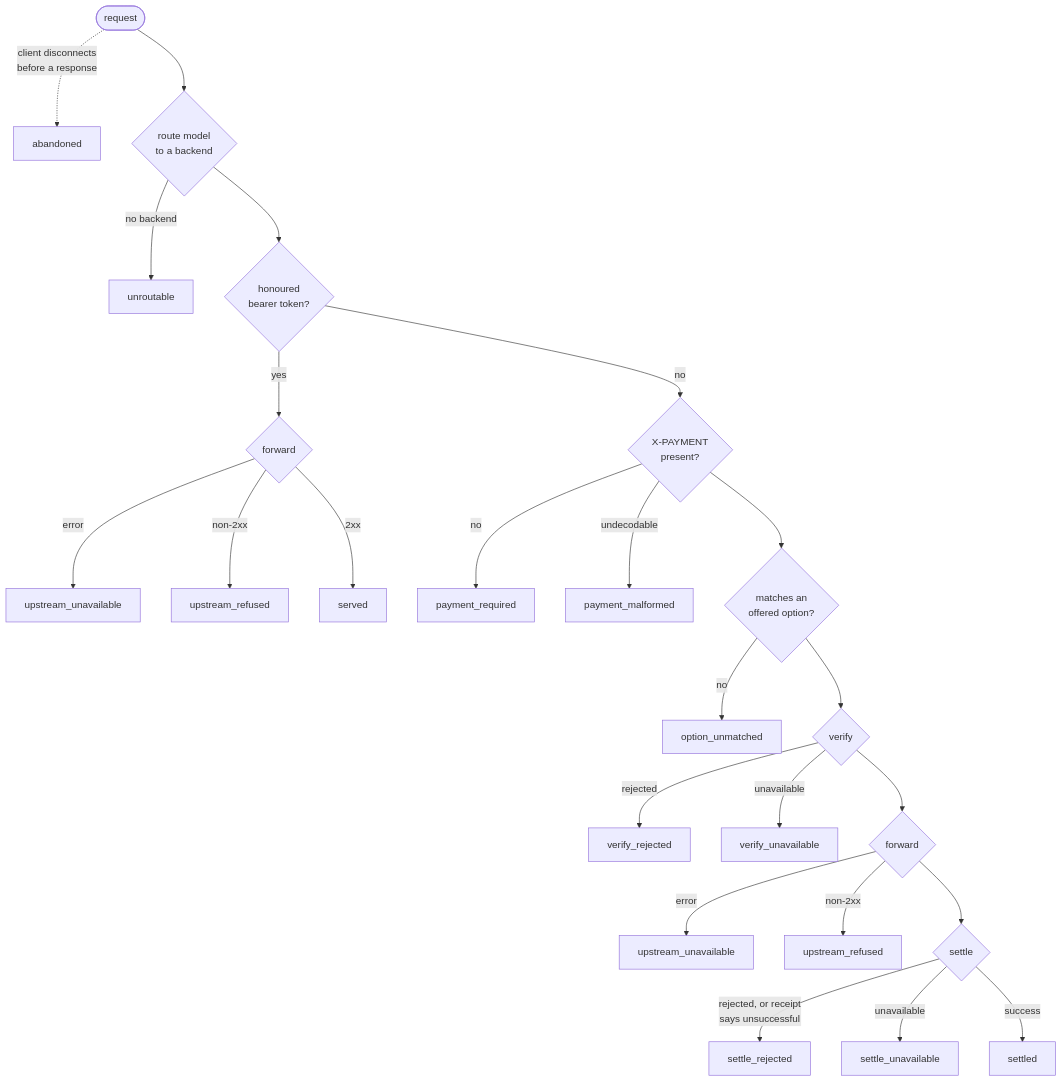
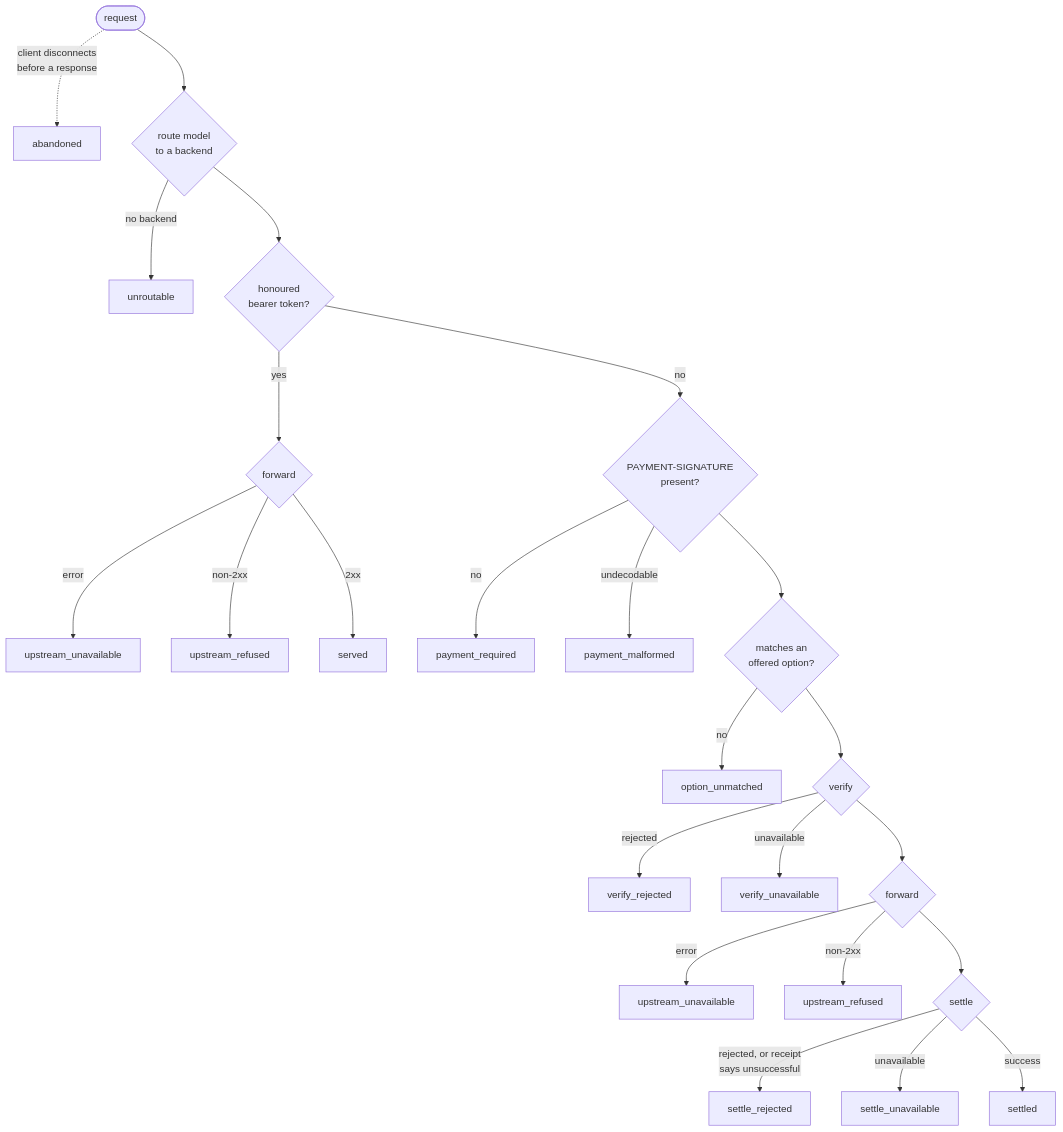
Before and after one commit to geekinasuit/obolus: the diagram in docs/telemetry.md, drawn with Mermaid. The commit also changed other lines of this file and 17 other files, not shown here.

````diff
--- a/docs/telemetry.md
+++ b/docs/telemetry.md
@@ -75,26 +75,26 @@
 ```mermaid
 flowchart TB
   req(["request"]) -.->|"client disconnects<br/>before a response"| abandoned["abandoned"]
   req --> route{"route model<br/>to a backend"}
   route -->|"no backend"| unroutable["unroutable"]
   route --> token{"honoured<br/>bearer token?"}
   token -->|"yes"| tfwd{"forward"}
   tfwd -->|"error"| t_unavail["upstream_unavailable"]
   tfwd -->|"non-2xx"| t_refused["upstream_refused"]
   tfwd -->|"2xx"| served["served"]
-  token -->|"no"| hdr{"X-PAYMENT<br/>present?"}
+  token -->|"no"| hdr{"PAYMENT-SIGNATURE<br/>present?"}
   hdr -->|"no"| required["payment_required"]
   hdr -->|"undecodable"| malformed["payment_malformed"]
   hdr --> match{"matches an<br/>offered option?"}
   match -->|"no"| unmatched["option_unmatched"]
   match --> verify{"verify"}
   verify -->|"rejected"| v_rej["verify_rejected"]
   verify -->|"unavailable"| v_unavail["verify_unavailable"]
   verify --> fwd{"forward"}
   fwd -->|"error"| u_unavail["upstream_unavailable"]
   fwd -->|"non-2xx"| u_refused["upstream_refused"]
   fwd --> settle{"settle"}
   settle -->|"rejected, or receipt<br/>says unsuccessful"| s_rej["settle_rejected"]
   settle -->|"unavailable"| s_unavail["settle_unavailable"]
   settle -->|"success"| settled["settled"]
 ```
````
